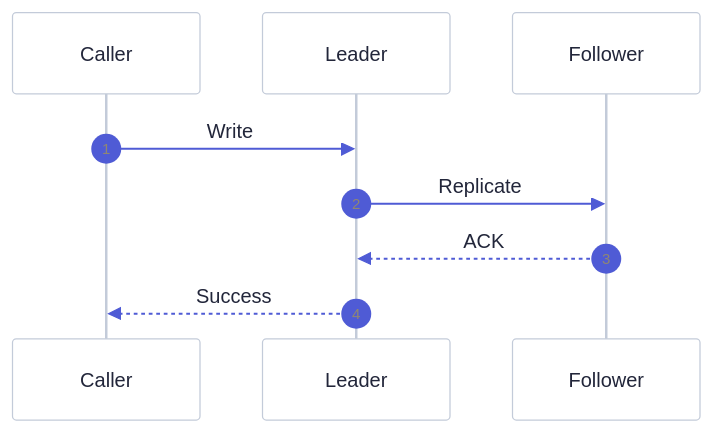
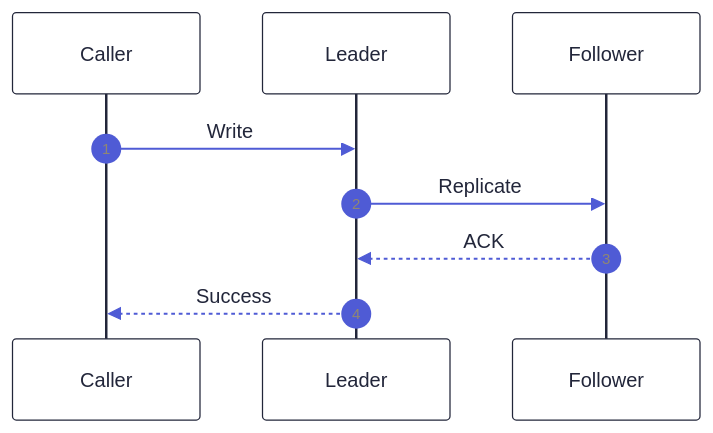
The diagram in skills/draw-diagram/assets/editorial-sequence-template.mmd (goqihoo/writing-skills), drawn with Mermaid before and after one commit. The commit also changed 133 other files, not shown here.

Commit message:
fix(draw-diagram): enforce grouped colors and preserve skin contracts

```diff
--- a/skills/draw-diagram/assets/editorial-sequence-template.mmd
+++ b/skills/draw-diagram/assets/editorial-sequence-template.mmd
@@ -1,24 +1,24 @@
 %%{init: {
   "theme": "base",
   "fontFamily": "Geist, Noto Sans SC, PingFang SC, sans-serif",
   "themeVariables": {
     "background": "#FFFFFF",
     "primaryColor": "#FFFFFF",
     "primaryTextColor": "#22263A",
-    "primaryBorderColor": "#C3CBD9",
+    "primaryBorderColor": "#22263A",
     "lineColor": "#6F788C",
     "signalColor": "#4F5BD5",
     "noteBkgColor": "#FFF0E4",
     "noteBorderColor": "#B95D18"
   }
 }}%%
 sequenceDiagram
     autonumber
     participant C as Caller
     participant L as Leader
     participant F as Follower
 
     C->>L: Write
     L->>F: Replicate
     F-->>L: ACK
     L-->>C: Success
```
